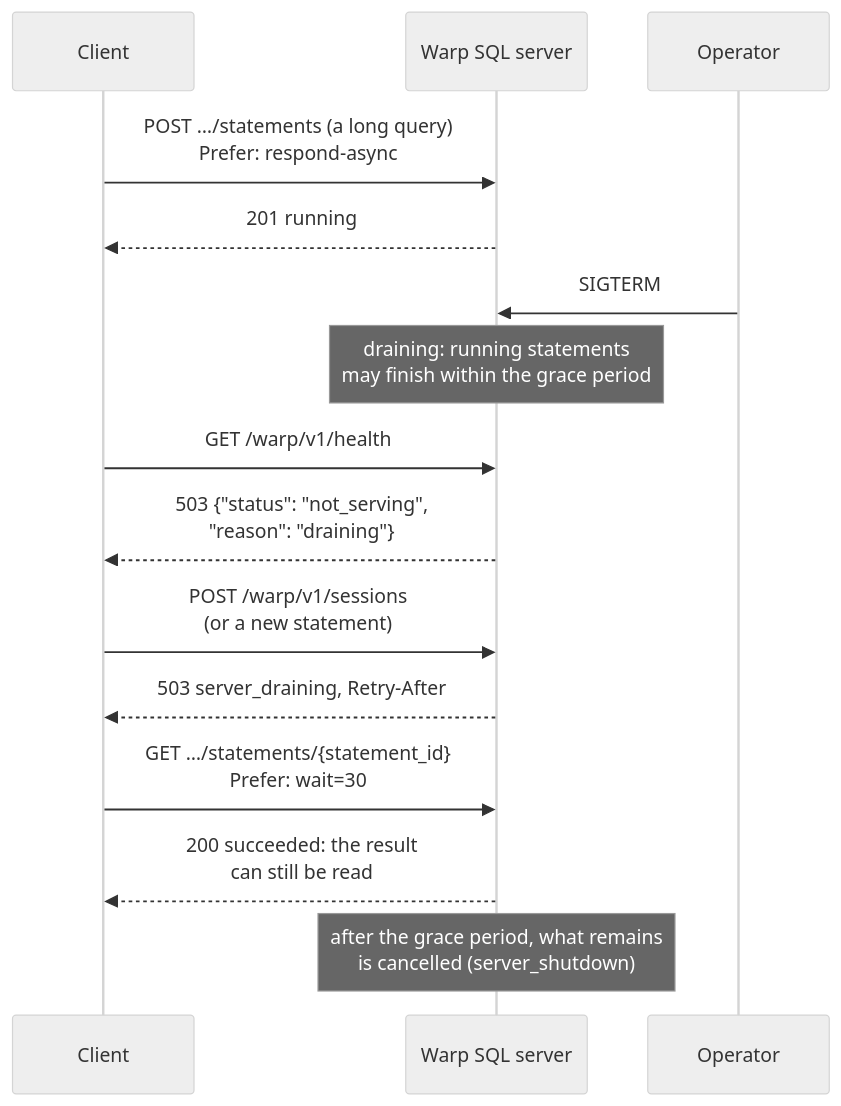
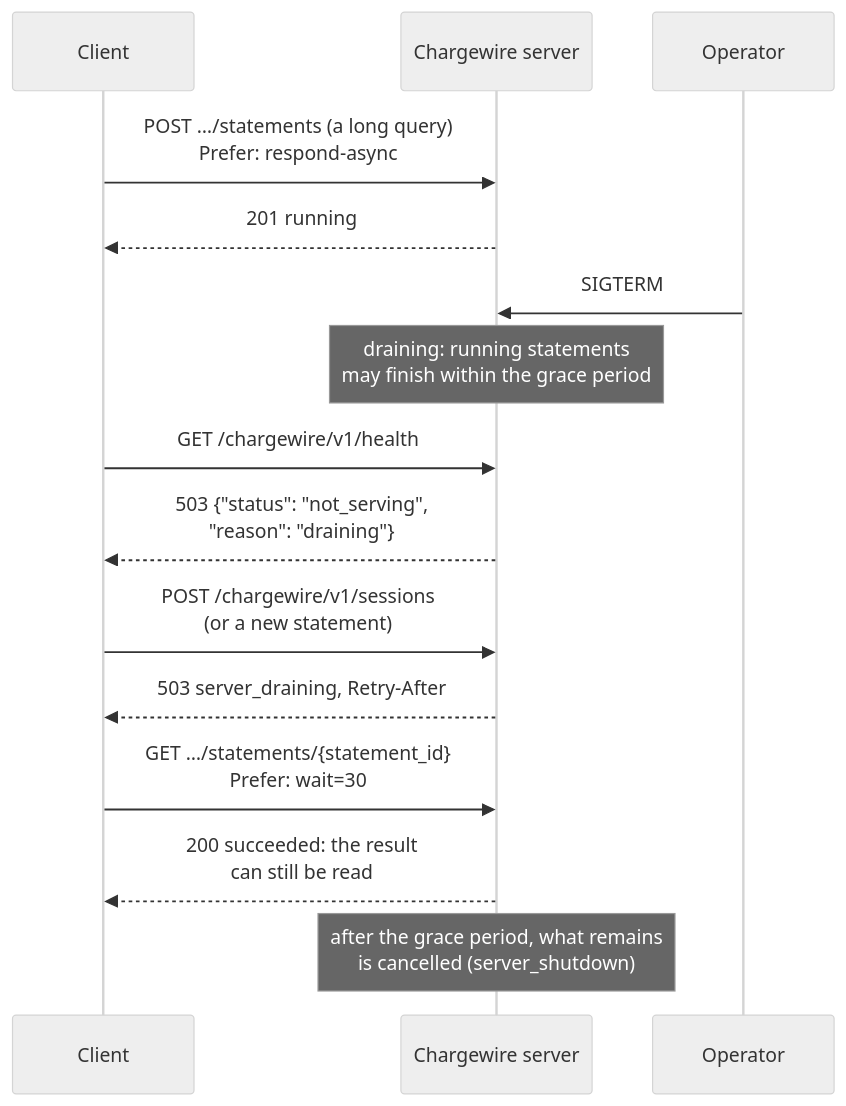
One commit to gizmodata/chargewire changed the diagram in site/src/diagrams/graceful-shutdown.mmd. Above: the diagram before and after it, drawn with Mermaid (neutral theme). The commit also changed 211 other files, not shown here.

```diff
--- a/site/src/diagrams/graceful-shutdown.mmd
+++ b/site/src/diagrams/graceful-shutdown.mmd
@@ -1,15 +1,15 @@
 sequenceDiagram
   participant C as Client
-  participant S as Warp SQL server
+  participant S as Chargewire server
   participant O as Operator
   C->>S: POST …/statements (a long query)<br/>Prefer: respond-async
   S-->>C: 201 running
   O->>S: SIGTERM
   Note over S: draining: running statements<br/>may finish within the grace period
-  C->>S: GET /warp/v1/health
+  C->>S: GET /chargewire/v1/health
   S-->>C: 503 {"status": "not_serving",<br/>"reason": "draining"}
-  C->>S: POST /warp/v1/sessions<br/>(or a new statement)
+  C->>S: POST /chargewire/v1/sessions<br/>(or a new statement)
   S-->>C: 503 server_draining, Retry-After
   C->>S: GET …/statements/{statement_id}<br/>Prefer: wait=30
   S-->>C: 200 succeeded: the result<br/>can still be read
   Note over S: after the grace period, what remains<br/>is cancelled (server_shutdown)
```
